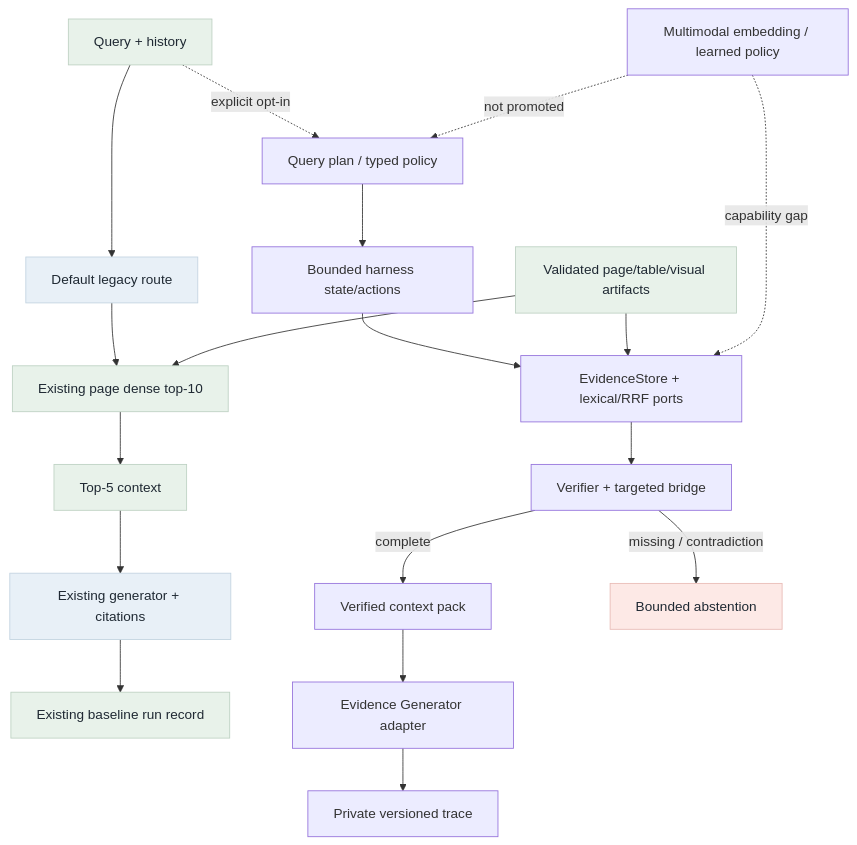
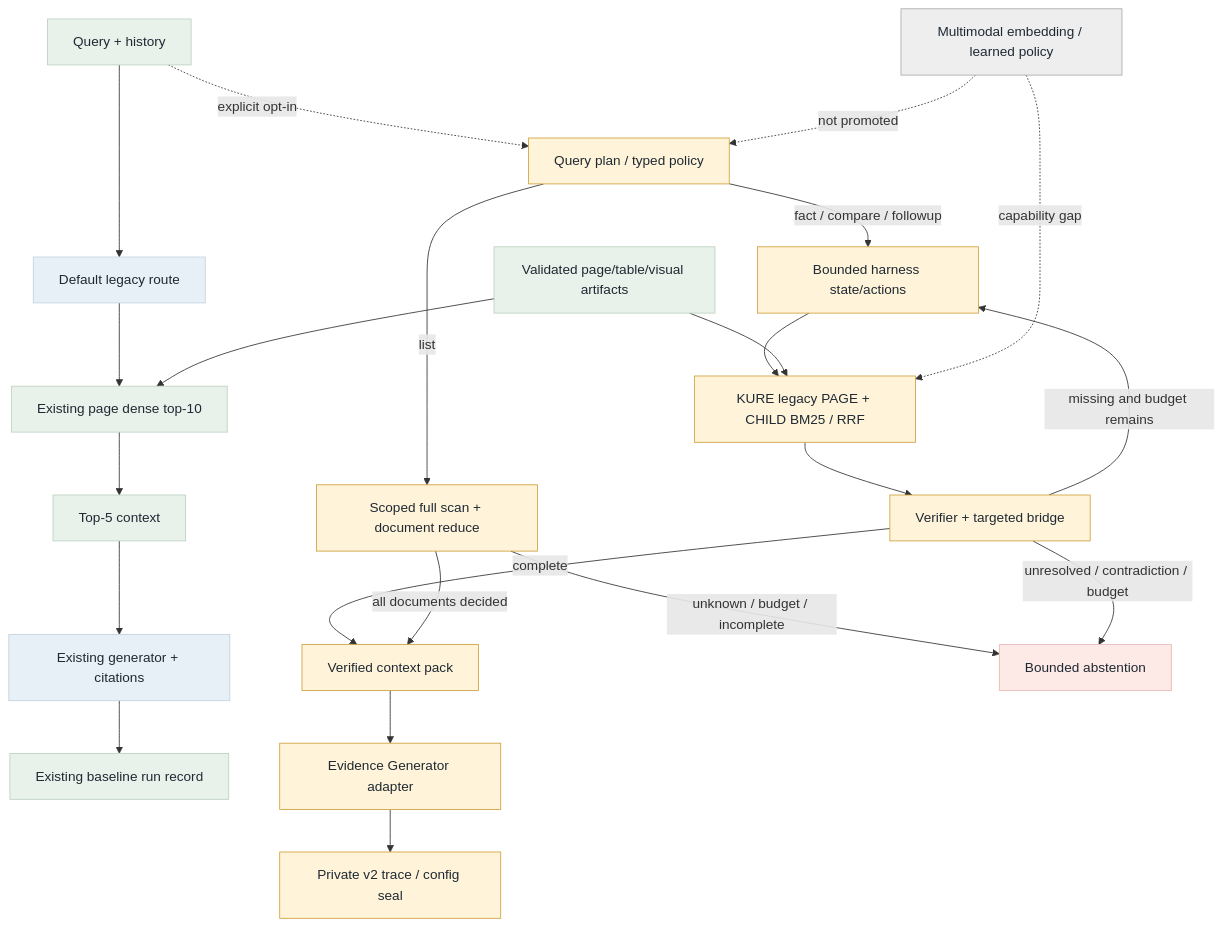
The diagram in fivecircles/architecture/specs/evidence-harness-current-flow.mmd (KongSeok/sprint-public-procurement-rag-assistant), drawn with Mermaid before and after one commit. The commit also changed 41 other files, not shown here.

Commit message:
feat: connect pinned local retrieval and bounded list harness

```diff
--- a/fivecircles/architecture/specs/evidence-harness-current-flow.mmd
+++ b/fivecircles/architecture/specs/evidence-harness-current-flow.mmd
@@ -1,26 +1,32 @@
 flowchart TD
  Q["Query + history"] --> D["Default legacy route"]
  D --> R["Existing page dense top-10"]
  R --> C["Top-5 context"]
  C --> G["Existing generator + citations"]
  G --> T["Existing baseline run record"]
  Q -. "explicit opt-in" .-> P["Query plan / typed policy"]
- P --> H["Bounded harness state/actions"]
- H --> X["EvidenceStore + lexical/RRF ports"]
+ P -->|fact / compare / followup| H["Bounded harness state/actions"]
+ P -->|list| L["Scoped full scan + document reduce"]
+ H --> X["KURE legacy PAGE + CHILD BM25 / RRF"]
  X --> V["Verifier + targeted bridge"]
  V -->|complete| CP["Verified context pack"]
  CP --> GA["Evidence Generator adapter"]
- GA --> TT["Private versioned trace"]
- V -->|missing / contradiction| AB["Bounded abstention"]
+ GA --> TT["Private v2 trace / config seal"]
+ L -->|all documents decided| CP
+ L -->|unknown / budget / incomplete| AB
+ V -->|missing and budget remains| H
+ V -->|unresolved / contradiction / budget| AB["Bounded abstention"]
  E["Validated page/table/visual artifacts"] --> R
  E --> X
  VM["Multimodal embedding / learned policy"] -. "capability gap" .-> X
  VM -. "not promoted" .-> P
  classDef green fill:#e8f2ea,stroke:#bdd1c2,color:#1f2933
  classDef blue fill:#e8f0f7,stroke:#c2d3e0,color:#1f2933
  classDef red fill:#fde9e6,stroke:#e8bab5,color:#1f2933
+ classDef amber fill:#fff4d9,stroke:#cfa13b,color:#1f2933
+ classDef gray fill:#eeeeee,stroke:#aaaaaa,color:#1f2933
  class Q,R,C,T,E green
  class D,G blue
- class P,H,X,V,CP,GA,TT amber
+ class P,H,X,V,CP,GA,TT,L amber
  class AB red
  class VM gray
```
